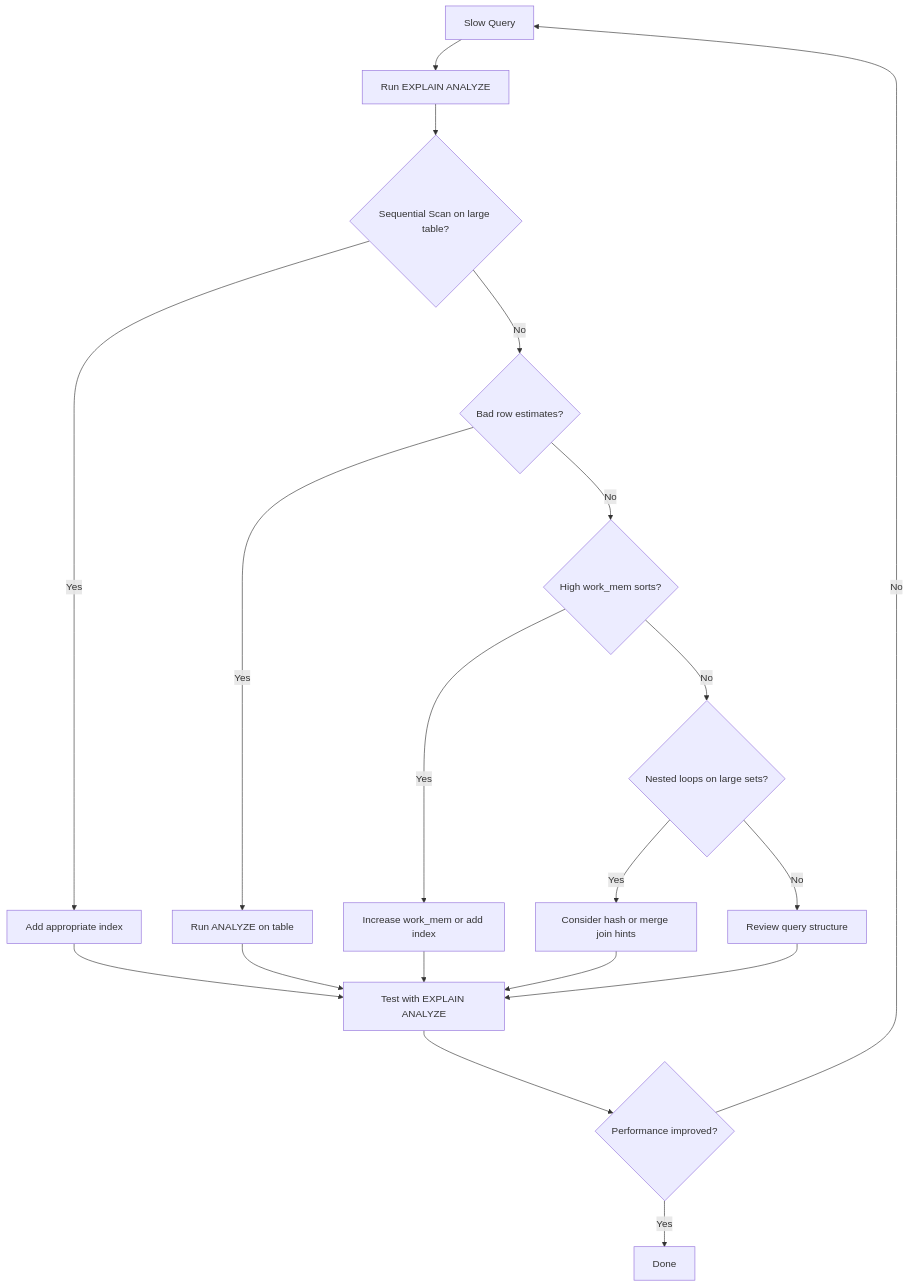
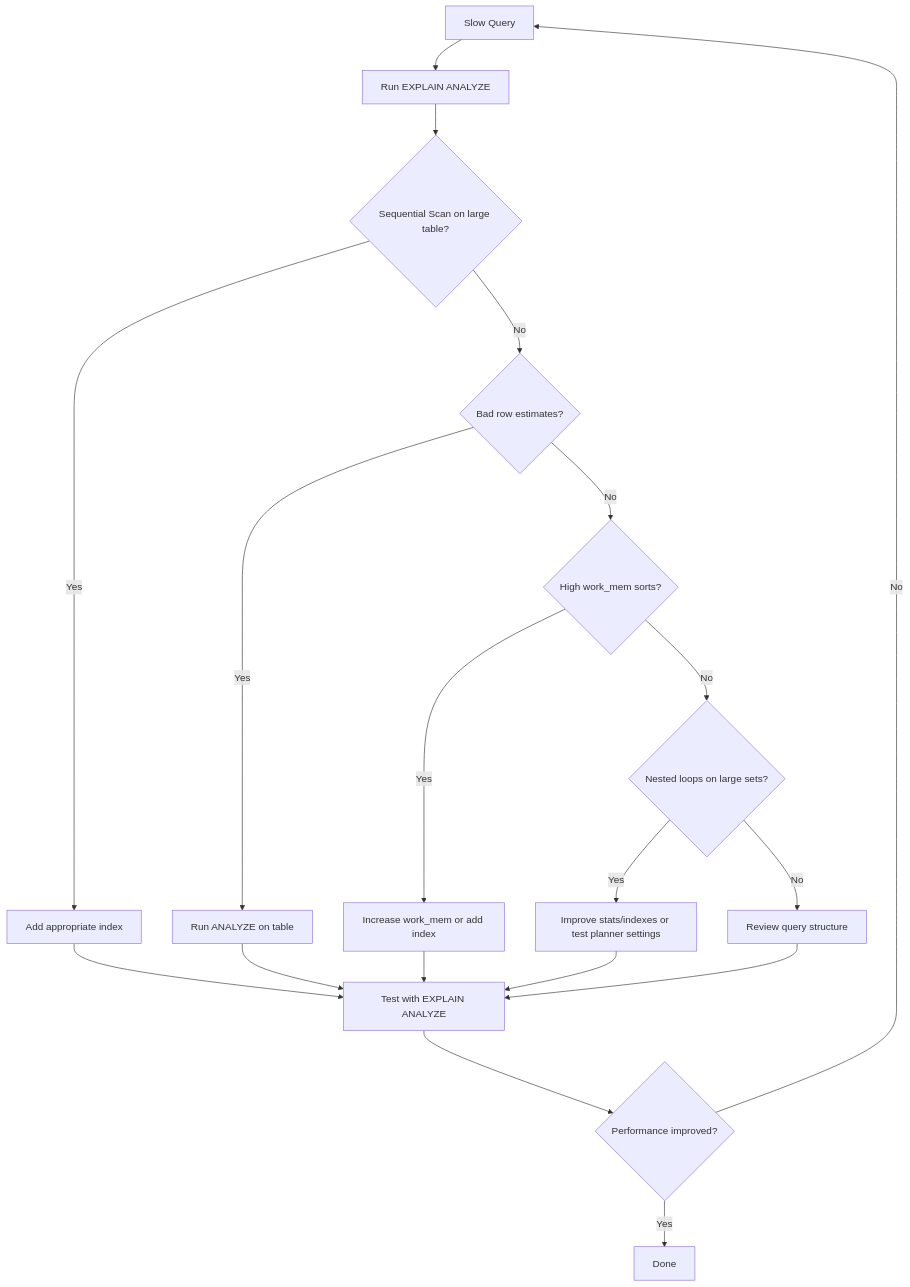
One commit to OneUptime/blog changed the sixth of 6 diagrams in posts/2026-01-26-postgresql-query-optimization/README.md. Above: the diagram before and after it, drawn with Mermaid. The commit also changed other lines of this file and 2 other files, not shown here.

````diff
--- a/posts/2026-01-26-postgresql-query-optimization/README.md
+++ b/posts/2026-01-26-postgresql-query-optimization/README.md
@@ -396,26 +398,26 @@
 ```mermaid
 flowchart TD
     A[Slow Query] --> B[Run EXPLAIN ANALYZE]
     B --> C{Sequential Scan on large table?}
     C -->|Yes| D[Add appropriate index]
     C -->|No| E{Bad row estimates?}
 
     E -->|Yes| F[Run ANALYZE on table]
     E -->|No| G{High work_mem sorts?}
 
     G -->|Yes| H[Increase work_mem or add index]
     G -->|No| I{Nested loops on large sets?}
 
-    I -->|Yes| J[Consider hash or merge join hints]
+    I -->|Yes| J[Improve stats/indexes or test planner settings]
     I -->|No| K[Review query structure]
 
     D --> L[Test with EXPLAIN ANALYZE]
     F --> L
     H --> L
     J --> L
     K --> L
 
     L --> M{Performance improved?}
     M -->|Yes| N[Done]
     M -->|No| A
 ```
````
